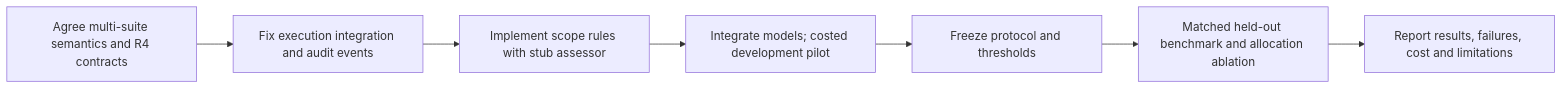
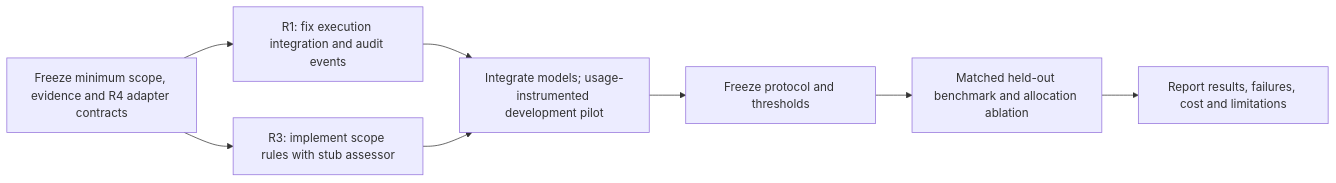
The diagram in R3/PROJECT_DECISION_REGISTER.md (ChangyanX/SafetyApprovalPolicies), drawn with Mermaid before and after one commit. The commit also changed other lines of this file and 39 other files, not shown here.

````diff
--- a/R3/PROJECT_DECISION_REGISTER.md
+++ b/R3/PROJECT_DECISION_REGISTER.md
@@ -94,9 +97,10 @@
 ```mermaid
 flowchart LR
-    A["Agree multi-suite semantics and R4 contracts"] --> B["Fix execution integration and audit events"]
-    B --> C["Implement scope rules with stub assessor"]
-    C --> D["Integrate models; costed development pilot"]
+    A["Freeze minimum scope, evidence and R4 adapter contracts"] --> B["R1: fix execution integration and audit events"]
+    A --> C["R3: implement scope rules with stub assessor"]
+    B --> D["Integrate models; usage-instrumented development pilot"]
+    C --> D
     D --> E["Freeze protocol and thresholds"]
     E --> F["Matched held-out benchmark and allocation ablation"]
     F --> G["Report results, failures, cost and limitations"]
 ```
````
